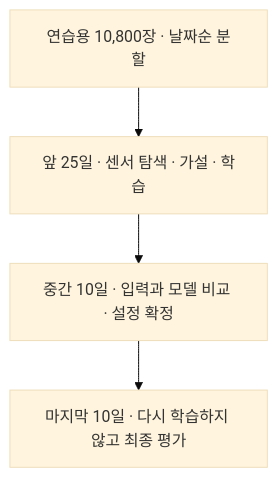
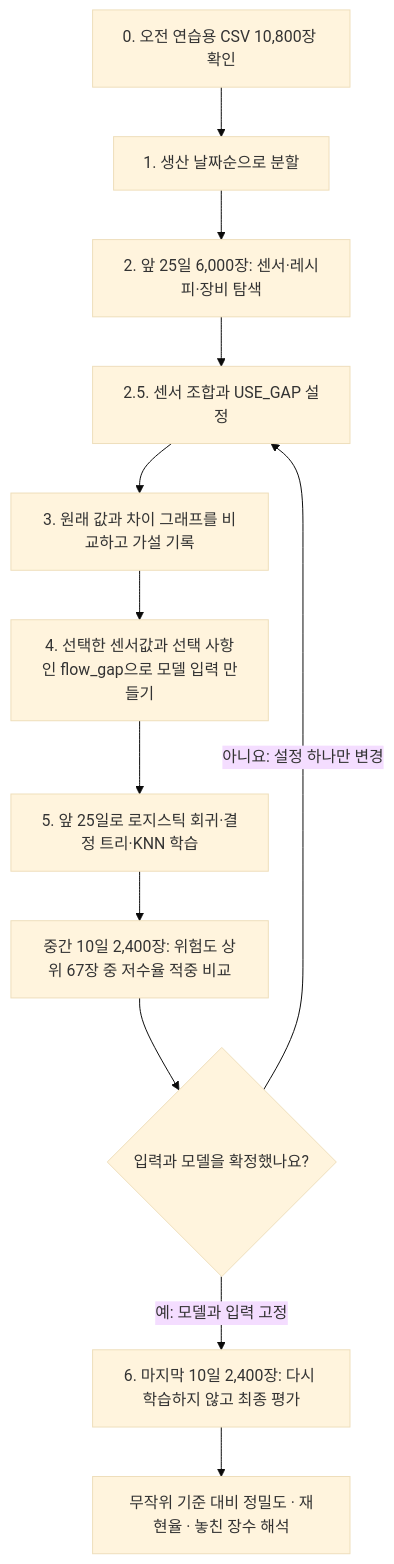
Before and after one commit to brjeong-private/inhatc-hackathon-2026: the diagram in README.md, drawn with Mermaid (base theme). The commit also changed 1 other file, not shown here.

Commit message:
Expand morning lab workflow diagrams

````diff
--- a/README.md
+++ b/README.md
@@ -11,6 +11,14 @@
 ```mermaid
 flowchart TD
-    data["연습용 10,800장 · 날짜순 분할"] --> train["앞 25일 · 센서 탐색 · 가설 · 학습"]
-    train --> select["중간 10일 · 입력과 모델 비교 · 설정 확정"]
-    select --> test["마지막 10일 · 다시 학습하지 않고 최종 평가"]
+    data["0. 오전 연습용 CSV 10,800장 확인"] --> split["1. 생산 날짜순으로 분할"]
+    split --> explore["2. 앞 25일 6,000장: 센서·레시피·장비 탐색"]
+    explore --> configure["2.5. 센서 조합과 USE_GAP 설정"]
+    configure --> hypothesis["3. 원래 값과 차이 그래프를 비교하고 가설 기록"]
+    hypothesis --> inputs["4. 선택한 센서값과 선택 사항인 flow_gap으로 모델 입력 만들기"]
+    inputs --> train["5. 앞 25일로 로지스틱 회귀·결정 트리·KNN 학습"]
+    train --> select["중간 10일 2,400장: 위험도 상위 67장 중 저수율 적중 비교"]
+    select --> decide{"입력과 모델을 확정했나요?"}
+    decide -->|아니요: 설정 하나만 변경| configure
+    decide -->|예: 모델과 입력 고정| test["6. 마지막 10일 2,400장: 다시 학습하지 않고 최종 평가"]
+    test --> readout["무작위 기준 대비 정밀도 · 재현율 · 놓친 장수 해석"]
 ```
````
